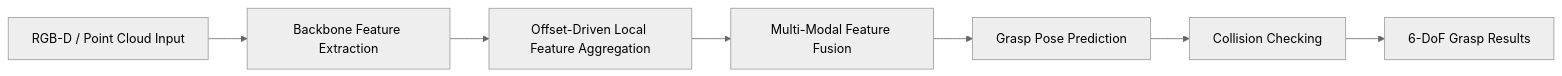
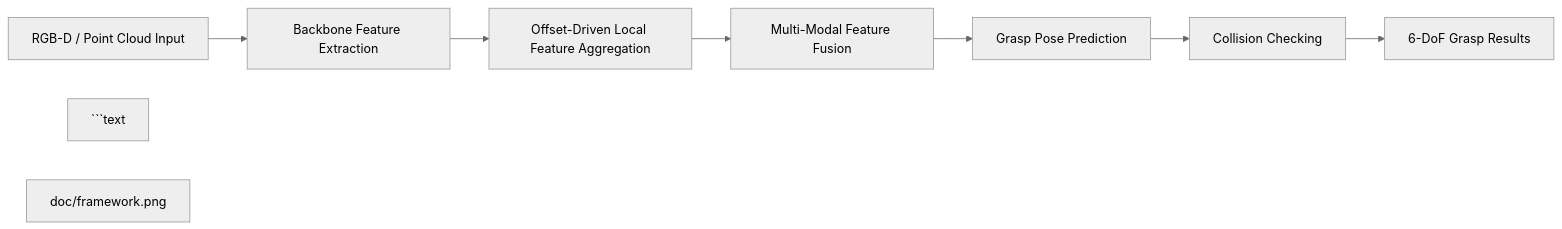
The diagram in README.md (huamo555/DOGraspNet), drawn with Mermaid (neutral theme) before and after one commit. The commit also changed other lines of this file, not shown here.

````diff
--- a/README.md
+++ b/README.md
@@ -35,9 +74,11 @@
 ```mermaid
 flowchart LR
     A["RGB-D / Point Cloud Input"] --> B["Backbone Feature Extraction"]
     B --> C["Offset-Driven Local Feature Aggregation"]
     C --> D["Multi-Modal Feature Fusion"]
     D --> E["Grasp Pose Prediction"]
     E --> F["Collision Checking"]
     F --> G["6-DoF Grasp Results"]
+```text
+doc/framework.png
 ```
````
